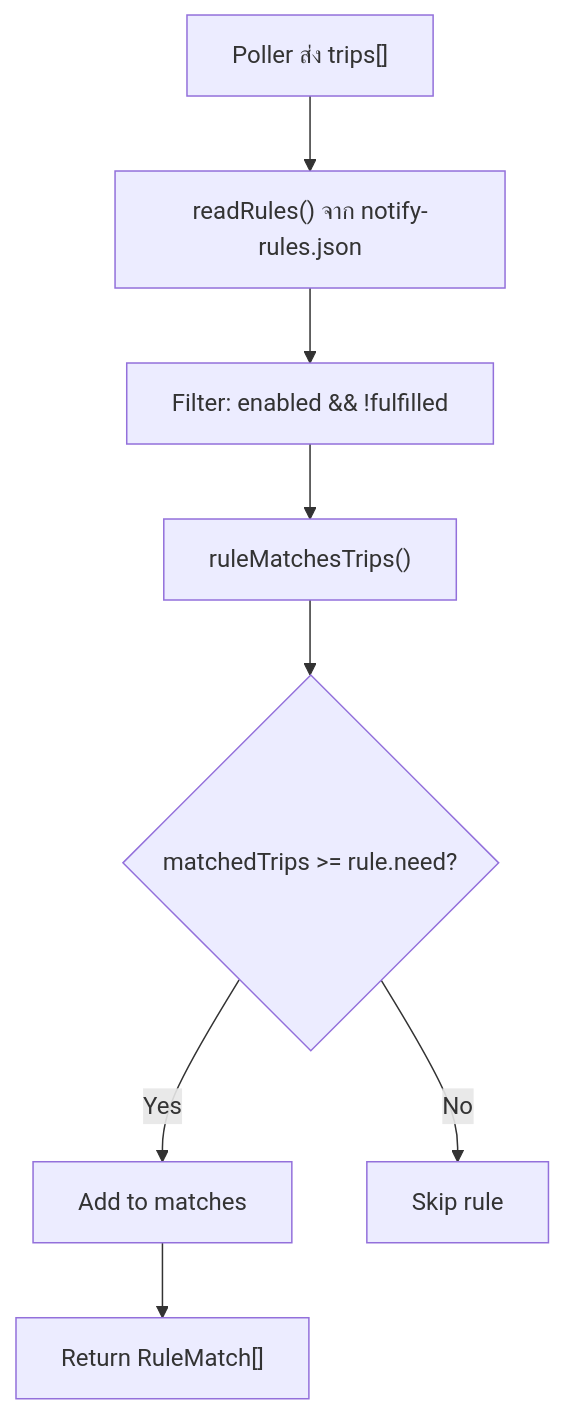
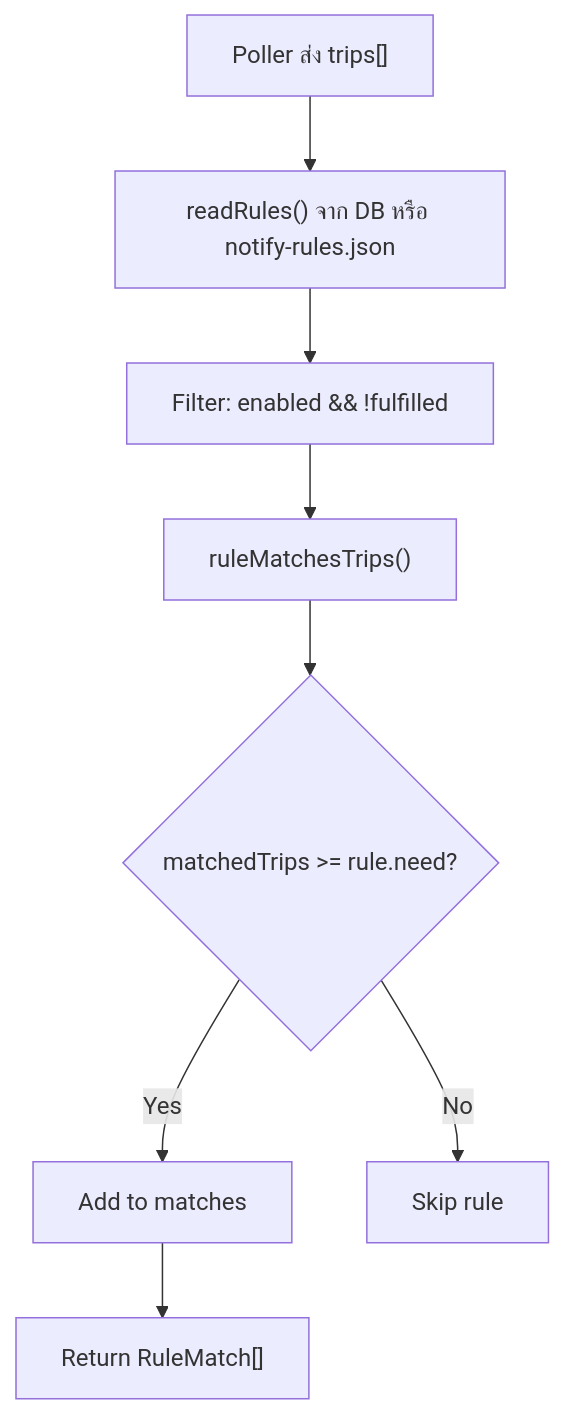
Before and after one commit to fastest4u/SPX: the first of 2 diagrams in docs/notification-system.md, drawn with Mermaid. The commit also changed other lines of this file and 5 other files, not shown here.

````diff
--- a/docs/notification-system.md
+++ b/docs/notification-system.md
@@ -25,10 +27,10 @@
 ```mermaid
 flowchart TD
-  A["Poller ส่ง trips[]"] --> B["readRules() จาก notify-rules.json"]
+  A["Poller ส่ง trips[]"] --> B["readRules() จาก DB หรือ notify-rules.json"]
   B --> C["Filter: enabled && !fulfilled"]
   C --> D["ruleMatchesTrips()"]
   D --> E{"matchedTrips >= rule.need?"}
   E -->|Yes| F["Add to matches"]
   E -->|No| G["Skip rule"]
   F --> H["Return RuleMatch[]"]
 ```
````
